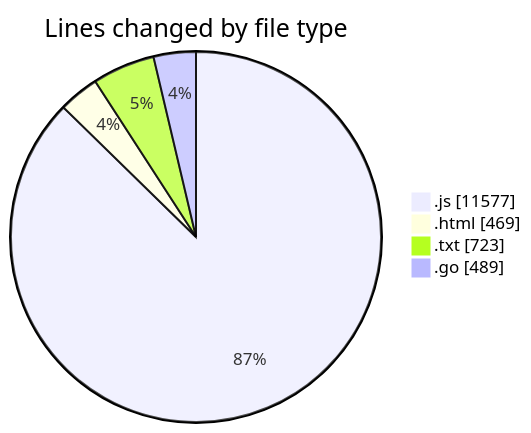
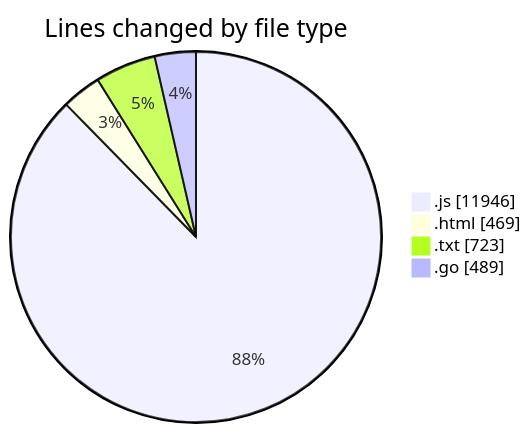
Before and after one commit to robertbonfada/code-tracking: the first of 2 diagrams in 2025-03-03/kart-online/README.md, drawn with Mermaid. The commit also changed other lines of this file and 1 other file, not shown here.

````diff
--- a/2025-03-03/kart-online/README.md
+++ b/2025-03-03/kart-online/README.md
@@ -42,8 +42,8 @@
 ```mermaid
 pie showData
 title Lines changed by file type
-".js" : 11577
+".js" : 11946
 ".html" : 469
 ".txt" : 723
 ".go" : 489
 ```
````
